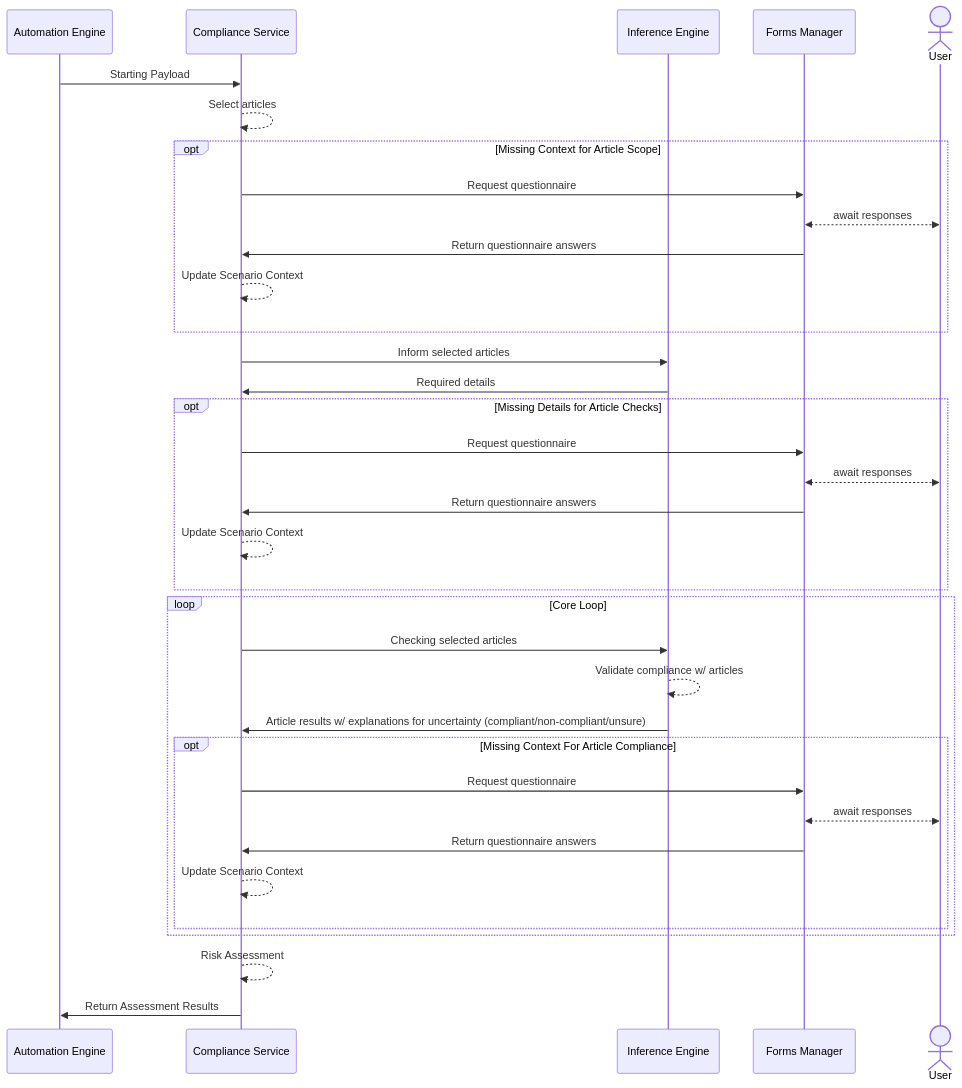
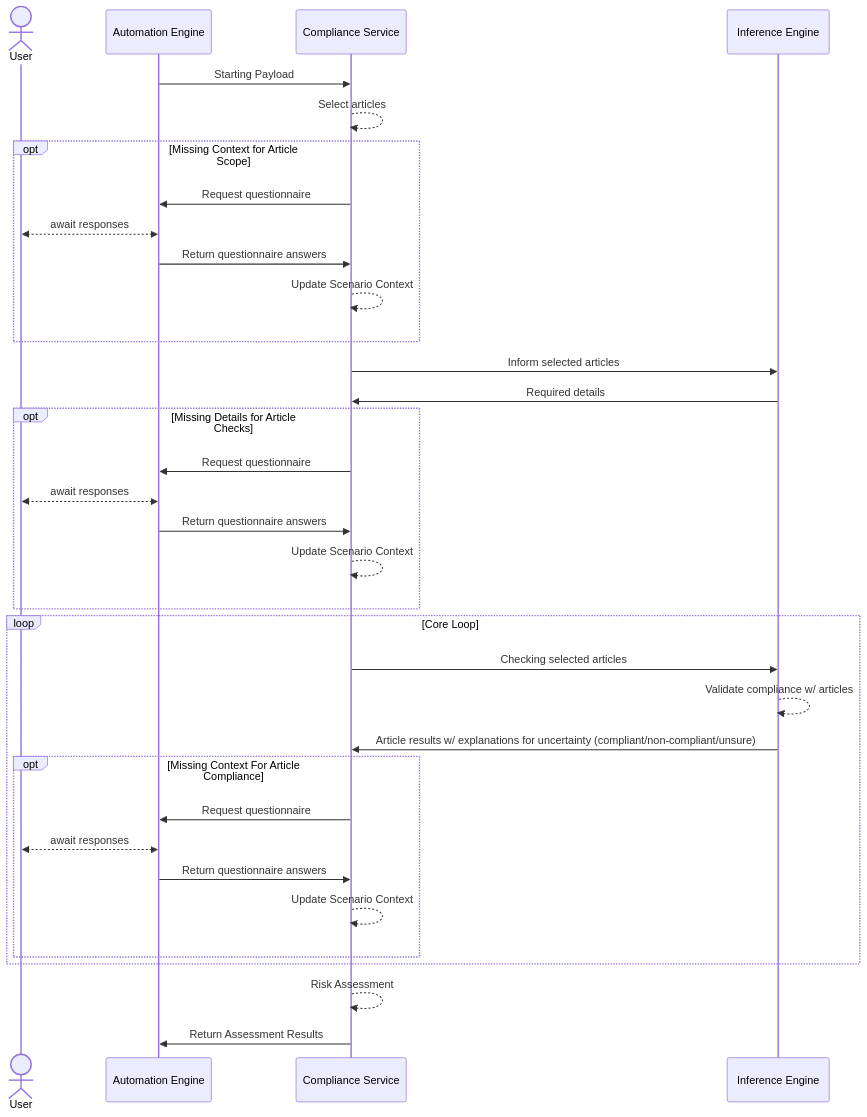
One commit to ACCOMPLISH-Project/Compliance-Bundle-Docs changed the diagram in compliance-assessment-service/ACAS-sequence-diagram.md. Above: the diagram before and after it, drawn with Mermaid.

Commit message:
ACAS sequence diagram update

````diff
--- a/compliance-assessment-service/ACAS-sequence-diagram.md
+++ b/compliance-assessment-service/ACAS-sequence-diagram.md
@@ -2,39 +2,38 @@
 ```mermaid
 sequenceDiagram
+	actor User
 	participant Automation Engine
 	participant Compliance Service
 	participant Inference Engine
-	participant Forms Manager
-	actor User
 	
 	Automation Engine->>Compliance Service: Starting Payload
 	Compliance Service-->>Compliance Service: Select articles
 	opt Missing Context for Article Scope
-		Compliance Service->>Forms Manager: Request questionnaire
-		Forms Manager<<-->>User: await responses
-		Forms Manager->>Compliance Service: Return questionnaire answers
+		Compliance Service->>Automation Engine: Request questionnaire
+		Automation Engine<<-->>User: await responses
+		Automation Engine->>Compliance Service: Return questionnaire answers
 		Compliance Service-->>Compliance Service: Update Scenario Context
 	end
 	Compliance Service->>Inference Engine: Inform selected articles
 	Inference Engine->>Compliance Service: Required details
 	opt Missing Details for Article Checks
-		Compliance Service->>Forms Manager: Request questionnaire
-		Forms Manager<<-->>User: await responses
-		Forms Manager->>Compliance Service: Return questionnaire answers
+		Compliance Service->>Automation Engine: Request questionnaire
+		Automation Engine<<-->>User: await responses
+		Automation Engine->>Compliance Service: Return questionnaire answers
 		Compliance Service-->>Compliance Service: Update Scenario Context
 	end
 	loop Core Loop 
 		Compliance Service->>Inference Engine: Checking selected articles
 		Inference Engine-->>Inference Engine: Validate compliance w/ articles
 		Inference Engine->>Compliance Service: Article results w/ explanations for uncertainty (compliant/non-compliant/unsure)
 	
 		opt Missing Context For Article Compliance
-			Compliance Service->>Forms Manager: Request questionnaire
-			Forms Manager<<-->>User: await responses
-			Forms Manager->>Compliance Service: Return questionnaire answers
+			Compliance Service->>Automation Engine: Request questionnaire
+			Automation Engine<<-->>User: await responses
+			Automation Engine->>Compliance Service: Return questionnaire answers
 			Compliance Service-->>Compliance Service: Update Scenario Context
 		end
 	end
 	Compliance Service-->>Compliance Service: Risk Assessment
 	Compliance Service->>Automation Engine: Return Assessment Results
 ```
````
